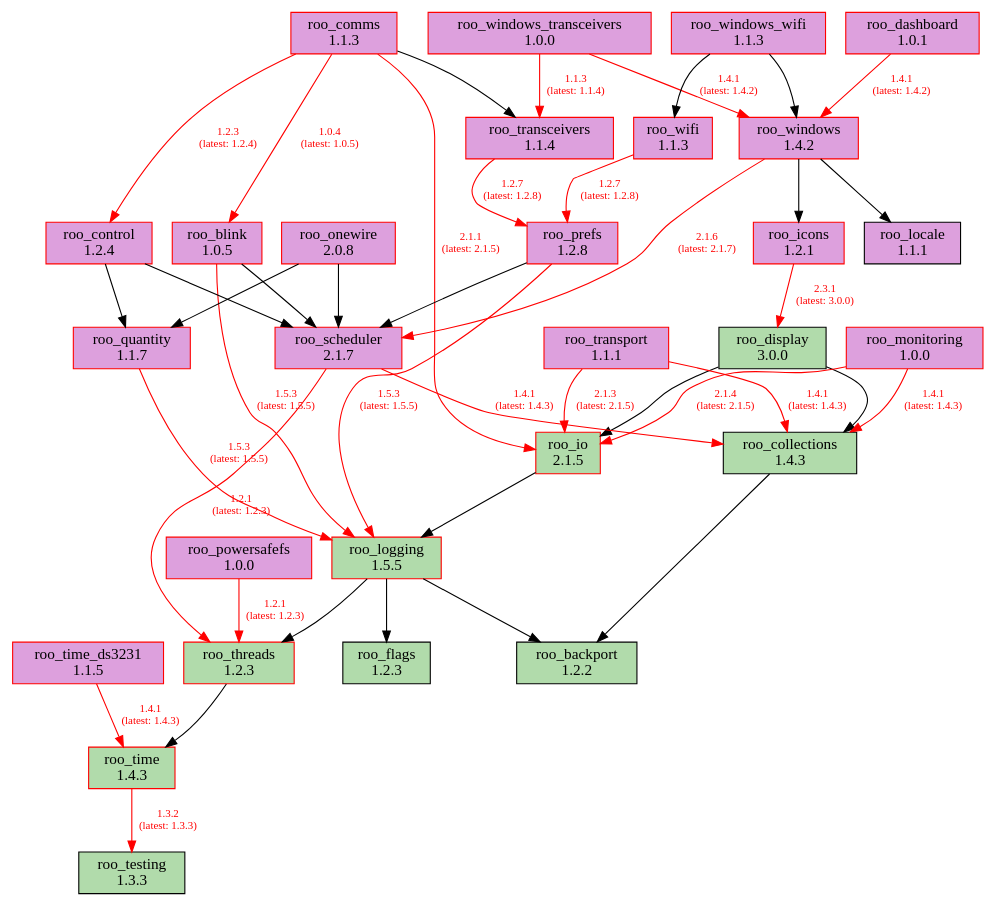
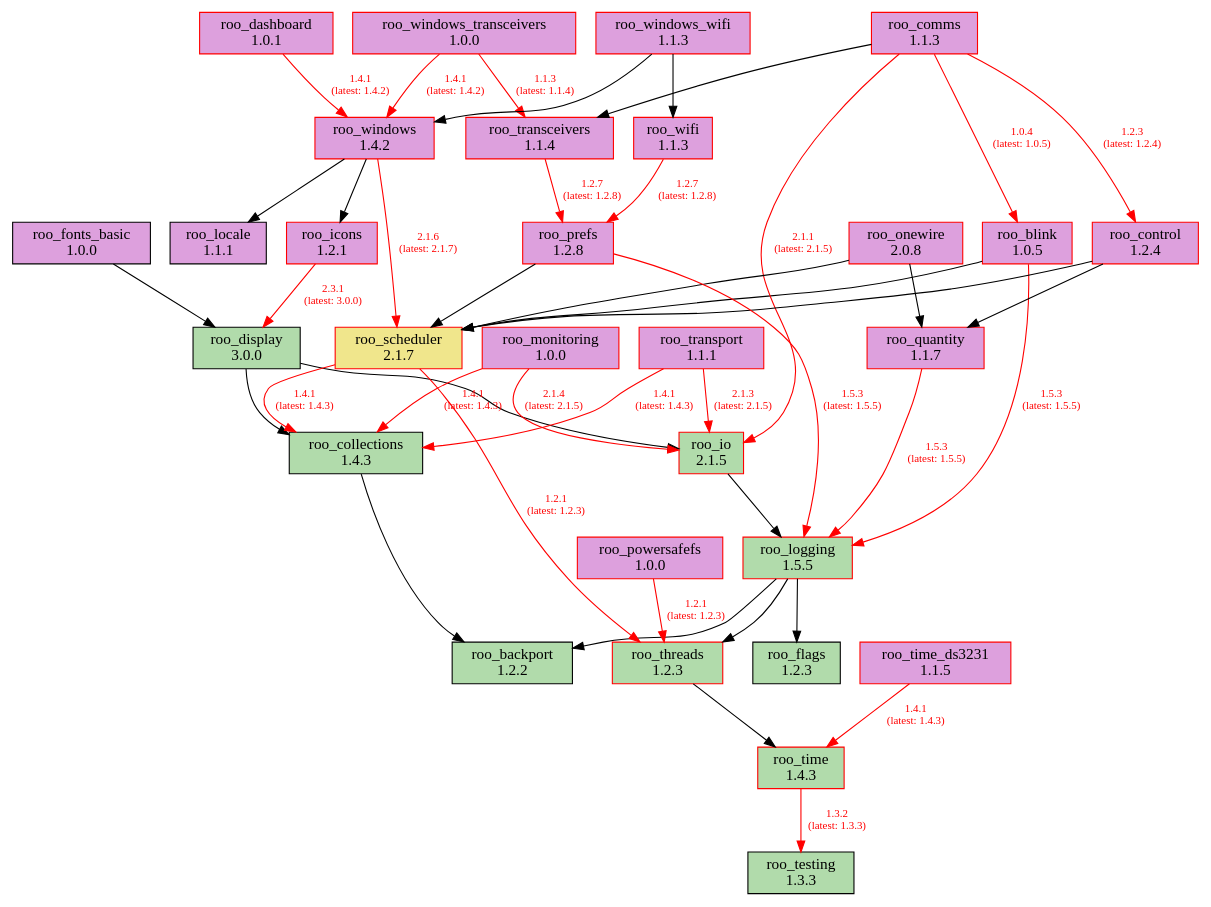
The diagram in doc/dependencies.dot (dejwk/roo-registry), drawn with Graphviz before and after one commit. The commit also changed 3 other files, not shown here.

Commit message:
Added roo_fonts_basic 1.0.0 to the registry.

```diff
--- a/doc/dependencies.dot
+++ b/doc/dependencies.dot
@@ -1,78 +1,80 @@
 digraph dependencies {
     rankdir=TB;
     node [shape=box, style=filled];
     edge [fontsize=10];
 
     // Modules
     "roo_backport" [label="roo_backport\n1.2.2", fillcolor="#b1dbab", color="black"];
     "roo_blink" [label="roo_blink\n1.0.5", fillcolor="plum", color="red"];
     "roo_collections" [label="roo_collections\n1.4.3", fillcolor="#b1dbab", color="black"];
     "roo_comms" [label="roo_comms\n1.1.3", fillcolor="plum", color="red"];
     "roo_control" [label="roo_control\n1.2.4", fillcolor="plum", color="red"];
     "roo_dashboard" [label="roo_dashboard\n1.0.1", fillcolor="plum", color="red"];
     "roo_display" [label="roo_display\n3.0.0", fillcolor="#b1dbab", color="black"];
     "roo_flags" [label="roo_flags\n1.2.3", fillcolor="#b1dbab", color="black"];
+    "roo_fonts_basic" [label="roo_fonts_basic\n1.0.0", fillcolor="plum", color="black"];
     "roo_icons" [label="roo_icons\n1.2.1", fillcolor="plum", color="red"];
     "roo_io" [label="roo_io\n2.1.5", fillcolor="#b1dbab", color="red"];
     "roo_locale" [label="roo_locale\n1.1.1", fillcolor="plum", color="black"];
     "roo_logging" [label="roo_logging\n1.5.5", fillcolor="#b1dbab", color="red"];
     "roo_monitoring" [label="roo_monitoring\n1.0.0", fillcolor="plum", color="red"];
     "roo_onewire" [label="roo_onewire\n2.0.8", fillcolor="plum", color="red"];
     "roo_powersafefs" [label="roo_powersafefs\n1.0.0", fillcolor="plum", color="red"];
     "roo_prefs" [label="roo_prefs\n1.2.8", fillcolor="plum", color="red"];
     "roo_quantity" [label="roo_quantity\n1.1.7", fillcolor="plum", color="red"];
-    "roo_scheduler" [label="roo_scheduler\n2.1.7", fillcolor="plum", color="red"];
+    "roo_scheduler" [label="roo_scheduler\n2.1.7", fillcolor="khaki", color="red"];
     "roo_testing" [label="roo_testing\n1.3.3", fillcolor="#b1dbab", color="black"];
     "roo_threads" [label="roo_threads\n1.2.3", fillcolor="#b1dbab", color="red"];
     "roo_time" [label="roo_time\n1.4.3", fillcolor="#b1dbab", color="red"];
     "roo_time_ds3231" [label="roo_time_ds3231\n1.1.5", fillcolor="plum", color="red"];
     "roo_transceivers" [label="roo_transceivers\n1.1.4", fillcolor="plum", color="red"];
     "roo_transport" [label="roo_transport\n1.1.1", fillcolor="plum", color="red"];
     "roo_wifi" [label="roo_wifi\n1.1.3", fillcolor="plum", color="red"];
     "roo_windows" [label="roo_windows\n1.4.2", fillcolor="plum", color="red"];
     "roo_windows_transceivers" [label="roo_windows_transceivers\n1.0.0", fillcolor="plum", color="red"];
     "roo_windows_wifi" [label="roo_windows_wifi\n1.1.3", fillcolor="plum", color="red"];
 
     // Dependencies
     "roo_blink" -> "roo_logging" [color=red, fontcolor=red, label="1.5.3\n(latest: 1.5.5)"];
     "roo_blink" -> "roo_scheduler";
     "roo_collections" -> "roo_backport";
     "roo_comms" -> "roo_blink" [color=red, fontcolor=red, label="1.0.4\n(latest: 1.0.5)"];
     "roo_comms" -> "roo_control" [color=red, fontcolor=red, label="1.2.3\n(latest: 1.2.4)"];
     "roo_comms" -> "roo_io" [color=red, fontcolor=red, label="2.1.1\n(latest: 2.1.5)"];
     "roo_comms" -> "roo_transceivers";
     "roo_control" -> "roo_quantity";
     "roo_control" -> "roo_scheduler";
     "roo_dashboard" -> "roo_windows" [color=red, fontcolor=red, label="1.4.1\n(latest: 1.4.2)"];
     "roo_display" -> "roo_collections";
     "roo_display" -> "roo_io";
+    "roo_fonts_basic" -> "roo_display";
     "roo_icons" -> "roo_display" [color=red, fontcolor=red, label="2.3.1\n(latest: 3.0.0)"];
     "roo_io" -> "roo_logging";
     "roo_logging" -> "roo_backport";
     "roo_logging" -> "roo_flags";
     "roo_logging" -> "roo_threads";
     "roo_monitoring" -> "roo_collections" [color=red, fontcolor=red, label="1.4.1\n(latest: 1.4.3)"];
     "roo_monitoring" -> "roo_io" [color=red, fontcolor=red, label="2.1.4\n(latest: 2.1.5)"];
     "roo_onewire" -> "roo_scheduler";
     "roo_onewire" -> "roo_quantity";
     "roo_powersafefs" -> "roo_threads" [color=red, fontcolor=red, label="1.2.1\n(latest: 1.2.3)"];
     "roo_prefs" -> "roo_logging" [color=red, fontcolor=red, label="1.5.3\n(latest: 1.5.5)"];
     "roo_prefs" -> "roo_scheduler";
     "roo_quantity" -> "roo_logging" [color=red, fontcolor=red, label="1.5.3\n(latest: 1.5.5)"];
     "roo_scheduler" -> "roo_collections" [color=red, fontcolor=red, label="1.4.1\n(latest: 1.4.3)"];
     "roo_scheduler" -> "roo_threads" [color=red, fontcolor=red, label="1.2.1\n(latest: 1.2.3)"];
     "roo_threads" -> "roo_time";
     "roo_time" -> "roo_testing" [color=red, fontcolor=red, label="1.3.2\n(latest: 1.3.3)"];
     "roo_time_ds3231" -> "roo_time" [color=red, fontcolor=red, label="1.4.1\n(latest: 1.4.3)"];
     "roo_transceivers" -> "roo_prefs" [color=red, fontcolor=red, label="1.2.7\n(latest: 1.2.8)"];
     "roo_transport" -> "roo_collections" [color=red, fontcolor=red, label="1.4.1\n(latest: 1.4.3)"];
     "roo_transport" -> "roo_io" [color=red, fontcolor=red, label="2.1.3\n(latest: 2.1.5)"];
     "roo_wifi" -> "roo_prefs" [color=red, fontcolor=red, label="1.2.7\n(latest: 1.2.8)"];
     "roo_windows" -> "roo_locale";
     "roo_windows" -> "roo_icons";
     "roo_windows" -> "roo_scheduler" [color=red, fontcolor=red, label="2.1.6\n(latest: 2.1.7)"];
     "roo_windows_transceivers" -> "roo_transceivers" [color=red, fontcolor=red, label="1.1.3\n(latest: 1.1.4)"];
     "roo_windows_transceivers" -> "roo_windows" [color=red, fontcolor=red, label="1.4.1\n(latest: 1.4.2)"];
     "roo_windows_wifi" -> "roo_wifi";
     "roo_windows_wifi" -> "roo_windows";
 }
```
